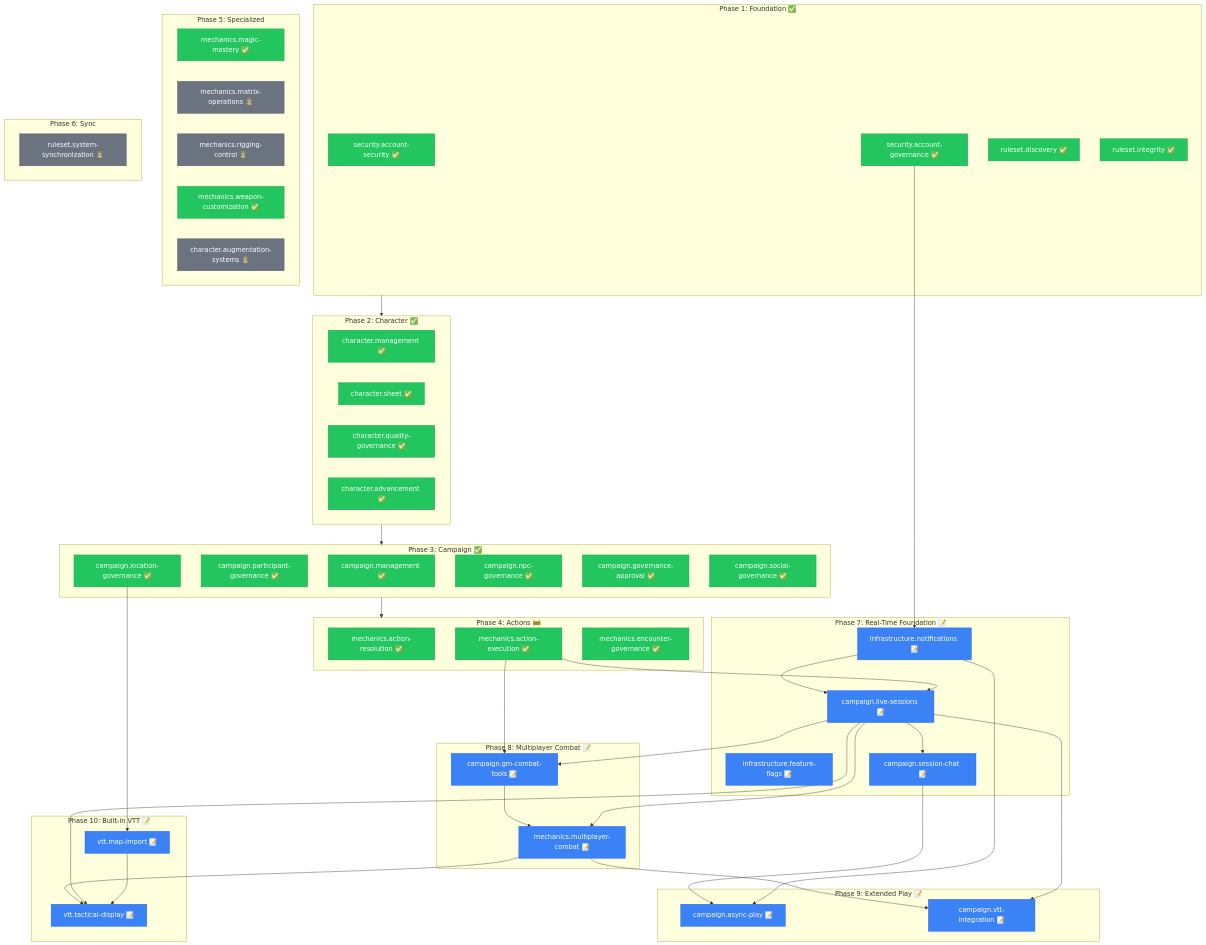
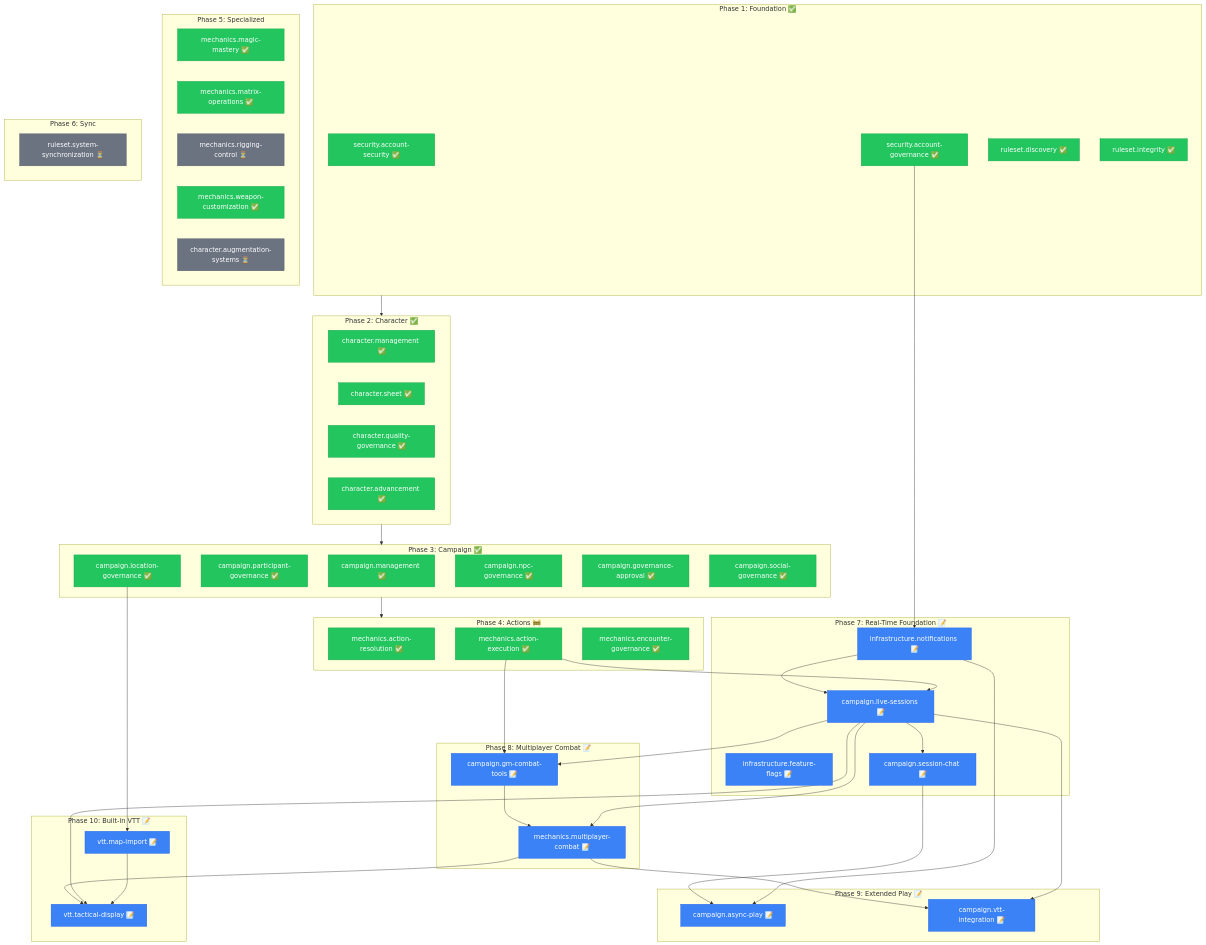
One commit to Jasrags/ShadowMaster changed the diagram in docs/capabilities/README.md. Above: the diagram before and after it, drawn with Mermaid. The commit also changed other lines of this file, not shown here.

Commit message:
docs: mark Matrix Operations as complete in capability registry
Update docs/capabilities/README.md to reflect completed implementation:
- Mechanics Domain table: Matrix Operations → ✅ Implemented
- Phase 5 table: mechanics.matrix-operations → ✅ Complete
- Mermaid diagram: mech_matrix node updated to ✅
- CSS class assignment: moved to complete class

🤖 Generated with [Claude Code](https://claude.com/claude-code)

````diff
--- a/docs/capabilities/README.md
+++ b/docs/capabilities/README.md
@@ -421,7 +421,7 @@
 
     subgraph Phase5["Phase 5: Specialized"]
         mech_magic["mechanics.magic-mastery ✅"]
-        mech_matrix["mechanics.matrix-operations ⏳"]
+        mech_matrix["mechanics.matrix-operations ✅"]
         mech_rigging["mechanics.rigging-control ⏳"]
         mech_weapon["mechanics.weapon-customization ✅"]
         char_augment["character.augmentation-systems ⏳"]
@@ -492,7 +492,7 @@
     classDef pending fill:#6b7280,stroke:#4b5563,color:#fff
     classDef draft fill:#3b82f6,stroke:#2563eb,color:#fff
 
-    class sec_security,sec_governance,rule_discovery,rule_integrity,char_mgmt,char_sheet,char_quality,char_advance,camp_mgmt,camp_participant,camp_location,camp_npc,camp_approval,camp_social,mech_resolution,mech_encounter,mech_weapon,mech_execution,mech_magic complete
-    class mech_matrix,mech_rigging,char_augment,rule_sync pending
+    class sec_security,sec_governance,rule_discovery,rule_integrity,char_mgmt,char_sheet,char_quality,char_advance,camp_mgmt,camp_participant,camp_location,camp_npc,camp_approval,camp_social,mech_resolution,mech_encounter,mech_weapon,mech_execution,mech_magic,mech_matrix complete
+    class mech_rigging,char_augment,rule_sync pending
     class camp_live,camp_chat,camp_gm,mech_multi,camp_async,camp_vtt,vtt_import,vtt_display,infra_notify,infra_flags draft
 ```
````
